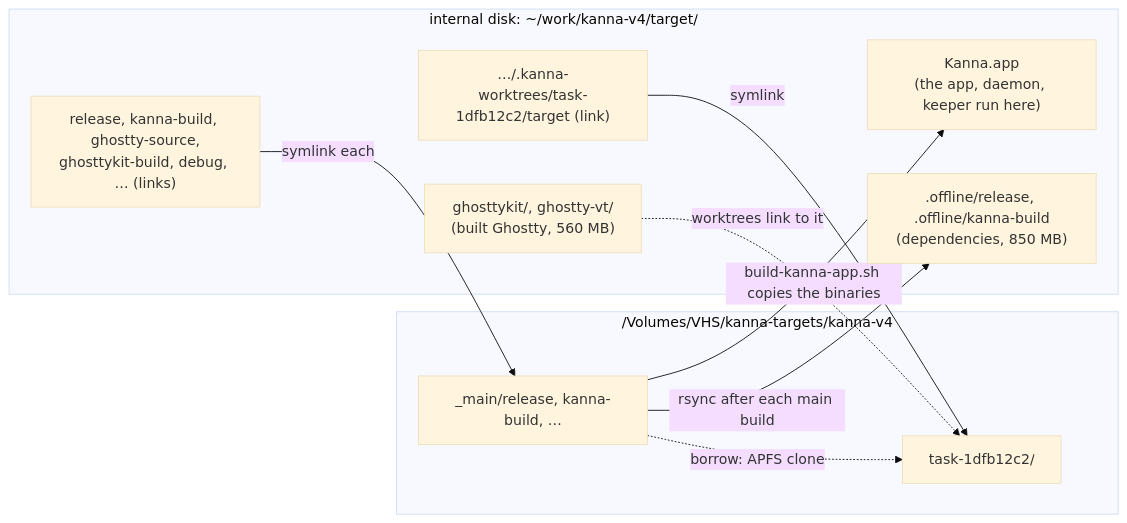
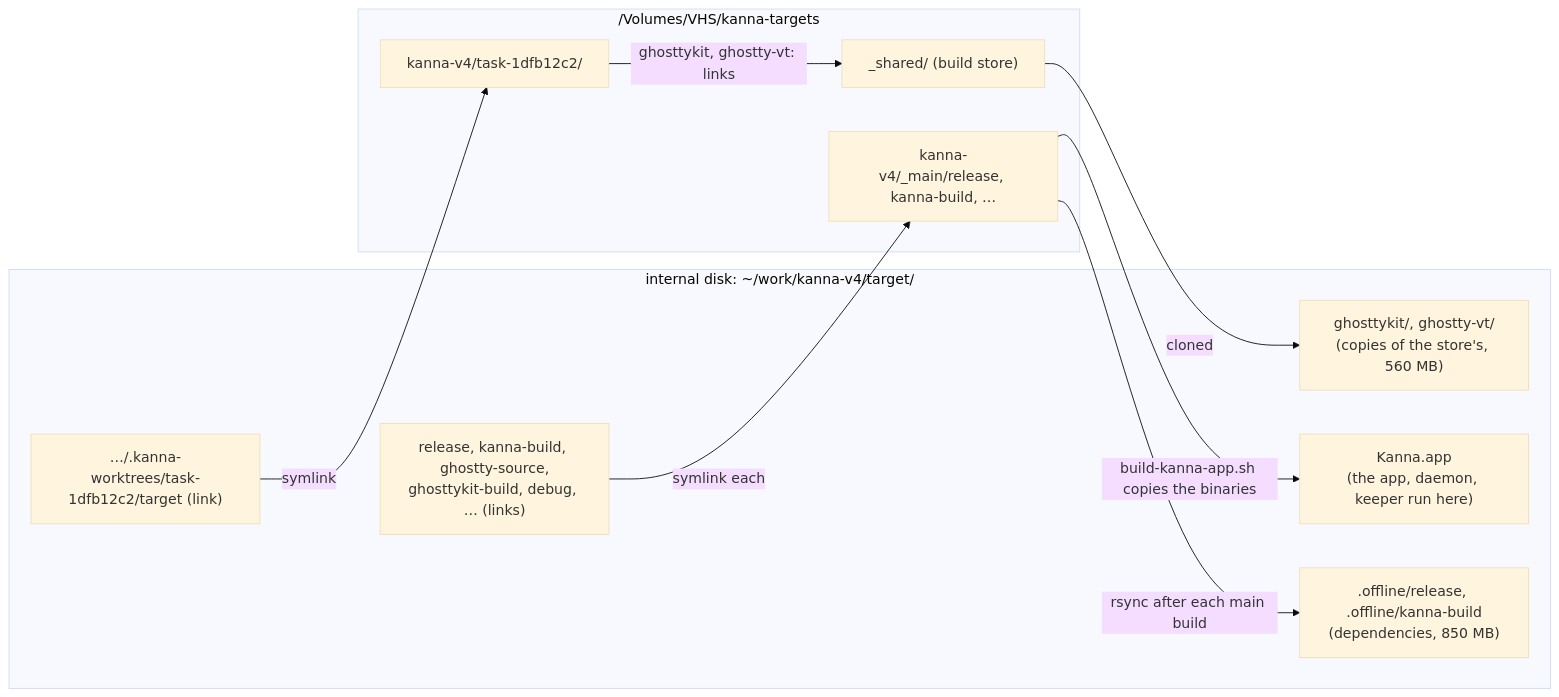
Before and after one commit to tampopogk/kanna: the first of 2 diagrams in docs/specs/build-targets.md, drawn with Mermaid (base theme). The commit also changed other lines of this file and 3 other files, not shown here.

Commit message:
Build store: fetch Ghostty's packages into its source before publishing it

````diff
--- a/docs/specs/build-targets.md
+++ b/docs/specs/build-targets.md
@@ -21,20 +21,21 @@
 ```mermaid
 flowchart LR
     subgraph I["internal disk: ~/work/kanna-v4/target/"]
         A["Kanna.app<br/>(the app, daemon, keeper run here)"]
-        G["ghosttykit/, ghostty-vt/<br/>(built Ghostty, 560 MB)"]
+        G["ghosttykit/, ghostty-vt/<br/>(copies of the store's, 560 MB)"]
         O[".offline/release, .offline/kanna-build<br/>(dependencies, 850 MB)"]
         M["release, kanna-build, ghostty-source,<br/>ghosttykit-build, debug, … (links)"]
         W1["…/.kanna-worktrees/task-1dfb12c2/target (link)"]
     end
-    subgraph V["/Volumes/VHS/kanna-targets/kanna-v4"]
-        MM["_main/release, kanna-build, …"]
-        T1["task-1dfb12c2/"]
+    subgraph V["/Volumes/VHS/kanna-targets"]
+        MM["kanna-v4/_main/release, kanna-build, …"]
+        T1["kanna-v4/task-1dfb12c2/"]
+        S["_shared/ (build store)"]
     end
     M -->|symlink each| MM
     W1 -->|symlink| T1
     MM -->|"build-kanna-app.sh copies the binaries"| A
     MM -->|"rsync after each main build"| O
-    MM -.->|"borrow: APFS clone"| T1
-    G -.->|"worktrees link to it"| T1
+    S -->|"cloned"| G
+    T1 -->|"ghosttykit, ghostty-vt: links"| S
 ```
````
